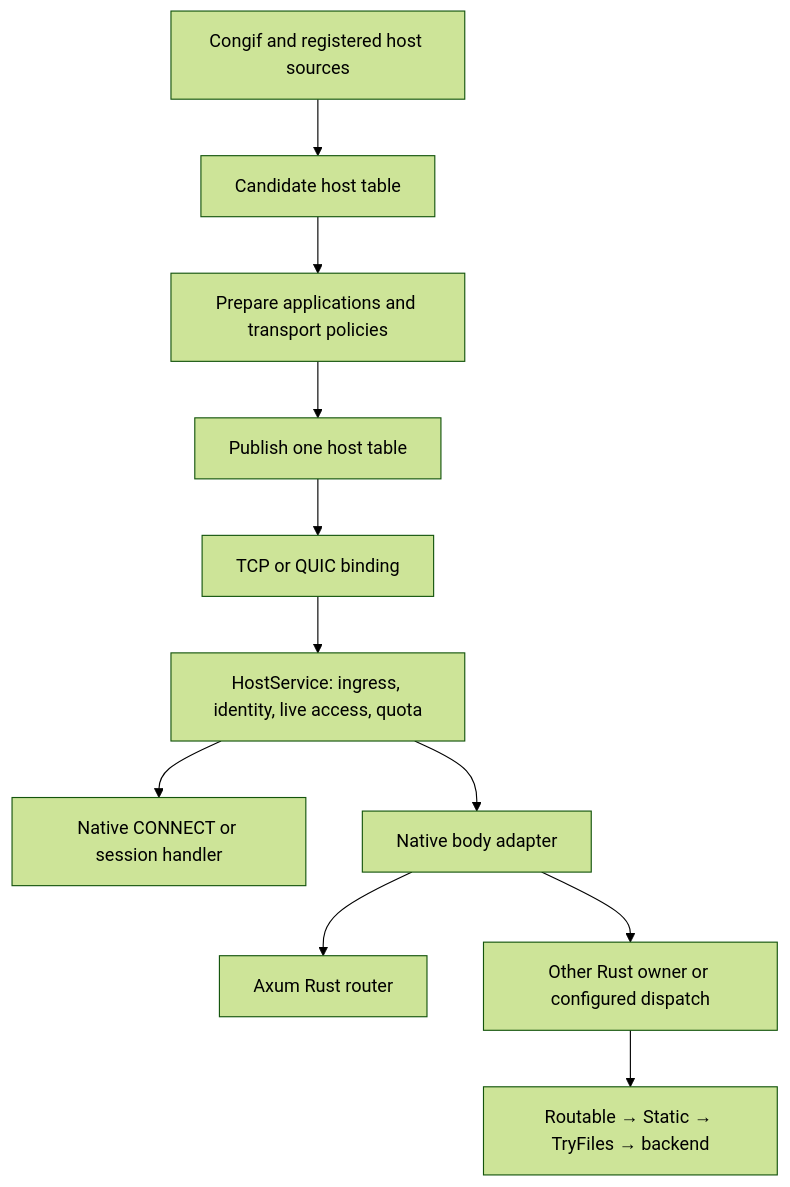
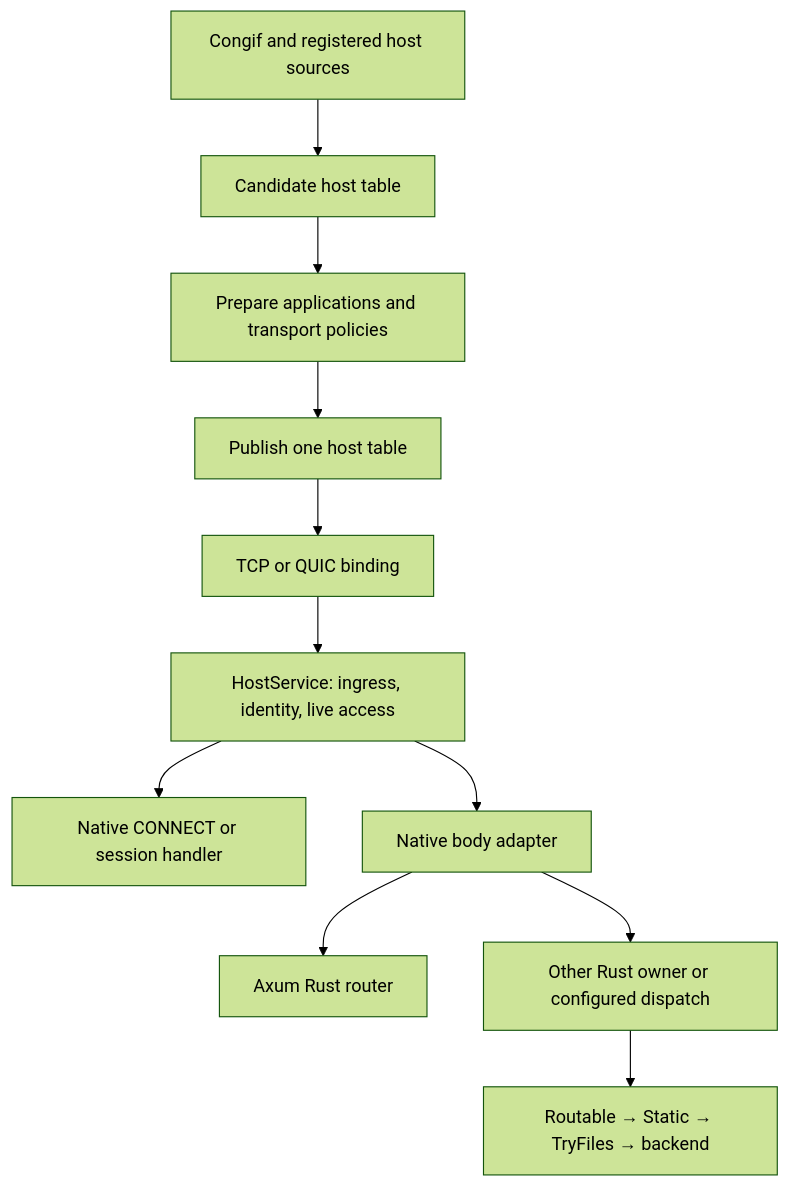
One commit to claviron/claviron changed the diagram in crates/edge/ARCHITECTURE.md. Above: the diagram before and after it, drawn with Mermaid (forest theme). The commit also changed other lines of this file and 9 other files, not shown here.

````diff
--- a/crates/edge/ARCHITECTURE.md
+++ b/crates/edge/ARCHITECTURE.md
@@ -15,13 +15,13 @@
 ```mermaid
 flowchart TD
     Config[Congif and registered host sources] --> Loader[Candidate host table]
     Loader --> Prepare[Prepare applications and transport policies]
     Prepare --> Publish[Publish one host table]
     Publish --> Transport[TCP or QUIC binding]
-    Transport --> Host[HostService: ingress, identity, live access, quota]
+    Transport --> Host[HostService: ingress, identity, live access]
     Host --> Session[Native CONNECT or session handler]
     Host --> Body[Native body adapter]
     Body --> Axum[Axum Rust router]
     Body --> Other[Other Rust owner or configured dispatch]
     Other --> Chain[Routable → Static → TryFiles → backend]
 ```
````
